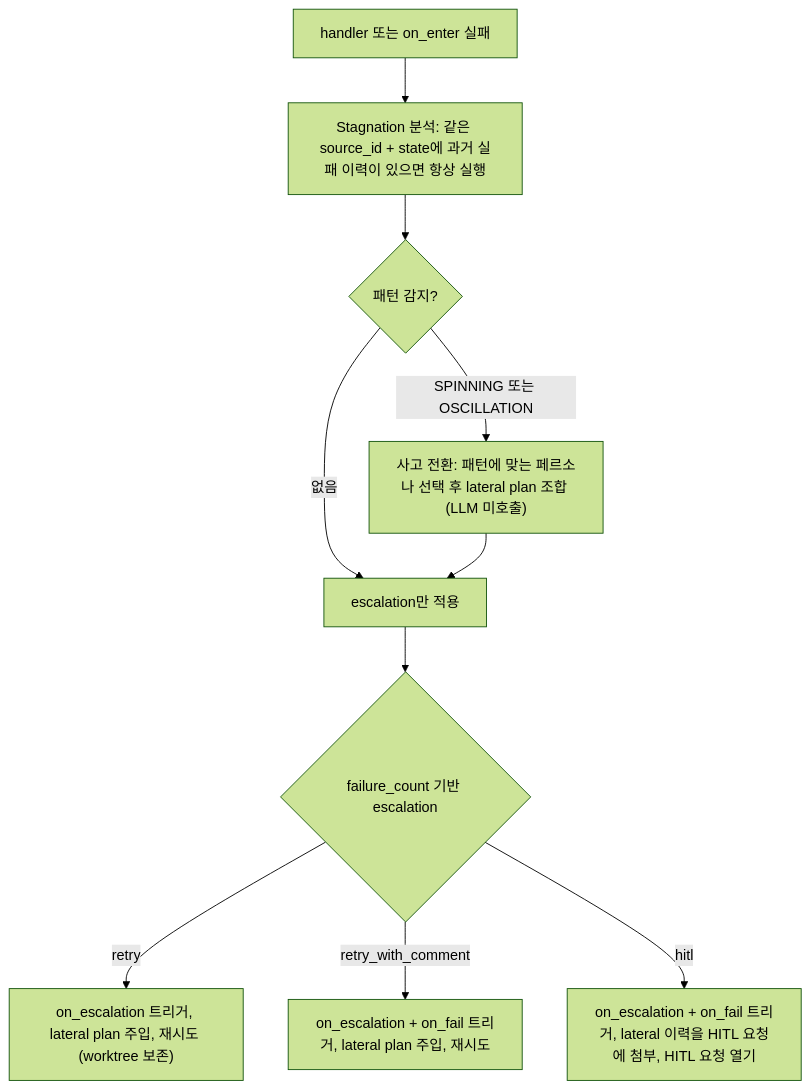
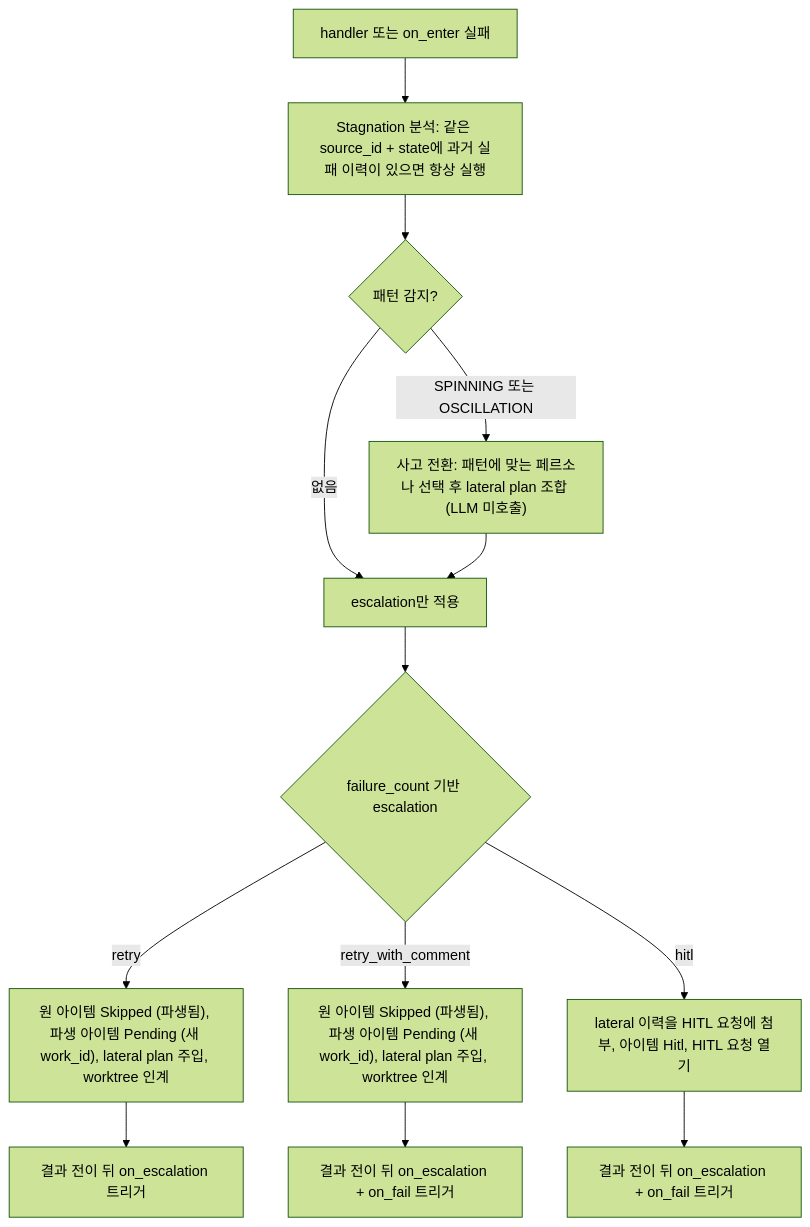
One commit to kys0213/belt changed the first of 8 diagrams in spec/flows/04-failure-and-hitl.md. Above: the diagram before and after it, drawn with Mermaid (forest theme). The commit also changed other lines of this file and 1 other file, not shown here.

First line of the commit message:
docs(spec): align failure/HITL and monitoring flows with derived items and removed spec feature

````diff
--- a/spec/flows/04-failure-and-hitl.md
+++ b/spec/flows/04-failure-and-hitl.md
@@ -9,12 +9,15 @@
 ```mermaid
 flowchart TD
     F["handler 또는 on_enter 실패"] --> A["Stagnation 분석: 같은 source_id + state에 과거 실패 이력이 있으면 항상 실행"]
     A --> P{"패턴 감지?"}
     P -- "없음" --> E["escalation만 적용"]
     P -- "SPINNING 또는 OSCILLATION" --> L["사고 전환: 패턴에 맞는 페르소나 선택 후 lateral plan 조합 (LLM 미호출)"]
     L --> E
     E --> C{"failure_count 기반 escalation"}
-    C -- "retry" --> R1["on_escalation 트리거, lateral plan 주입, 재시도 (worktree 보존)"]
-    C -- "retry_with_comment" --> R2["on_escalation + on_fail 트리거, lateral plan 주입, 재시도"]
-    C -- "hitl" --> H["on_escalation + on_fail 트리거, lateral 이력을 HITL 요청에 첨부, HITL 요청 열기"]
+    C -- "retry" --> R1["원 아이템 Skipped (파생됨), 파생 아이템 Pending (새 work_id), lateral plan 주입, worktree 인계"]
+    C -- "retry_with_comment" --> R2["원 아이템 Skipped (파생됨), 파생 아이템 Pending (새 work_id), lateral plan 주입, worktree 인계"]
+    C -- "hitl" --> H["lateral 이력을 HITL 요청에 첨부, 아이템 Hitl, HITL 요청 열기"]
+    R1 --> K1["결과 전이 뒤 on_escalation 트리거"]
+    R2 --> K2["결과 전이 뒤 on_escalation + on_fail 트리거"]
+    H --> K3["결과 전이 뒤 on_escalation + on_fail 트리거"]
 ```
````
